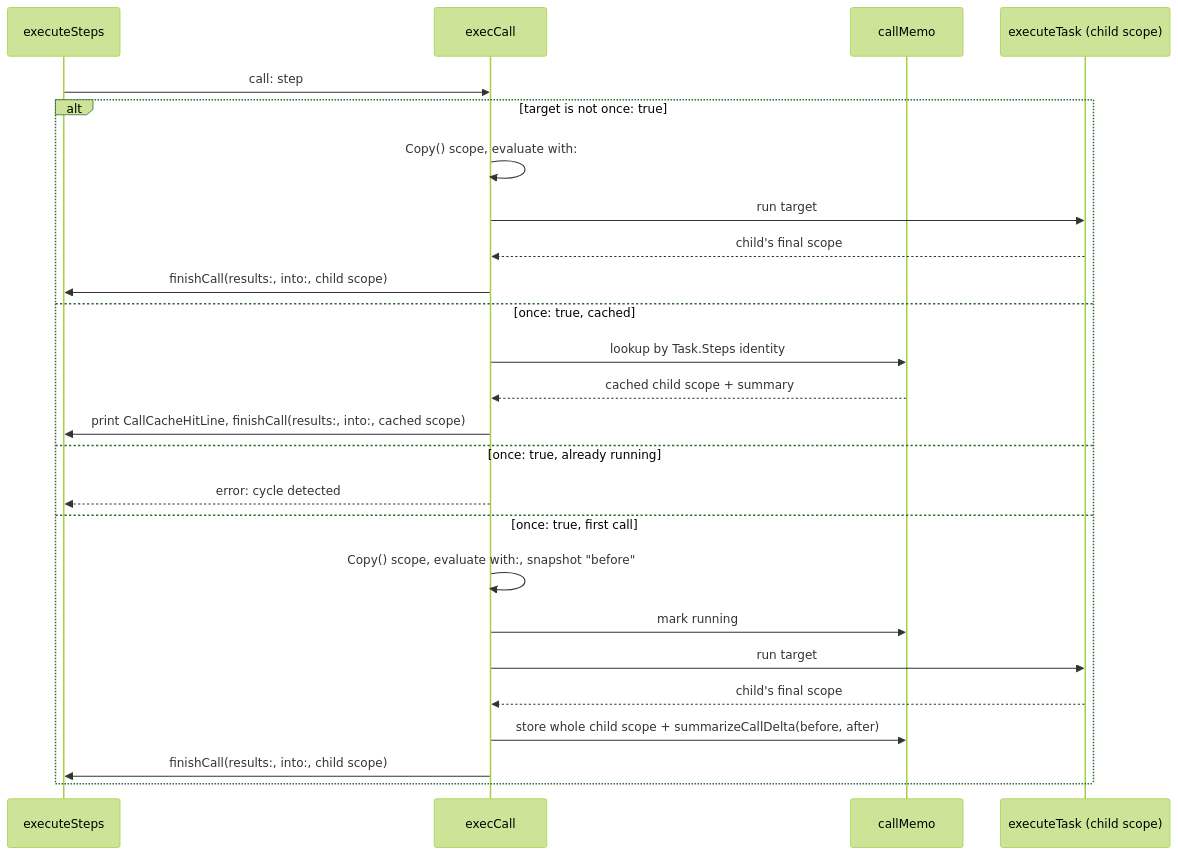
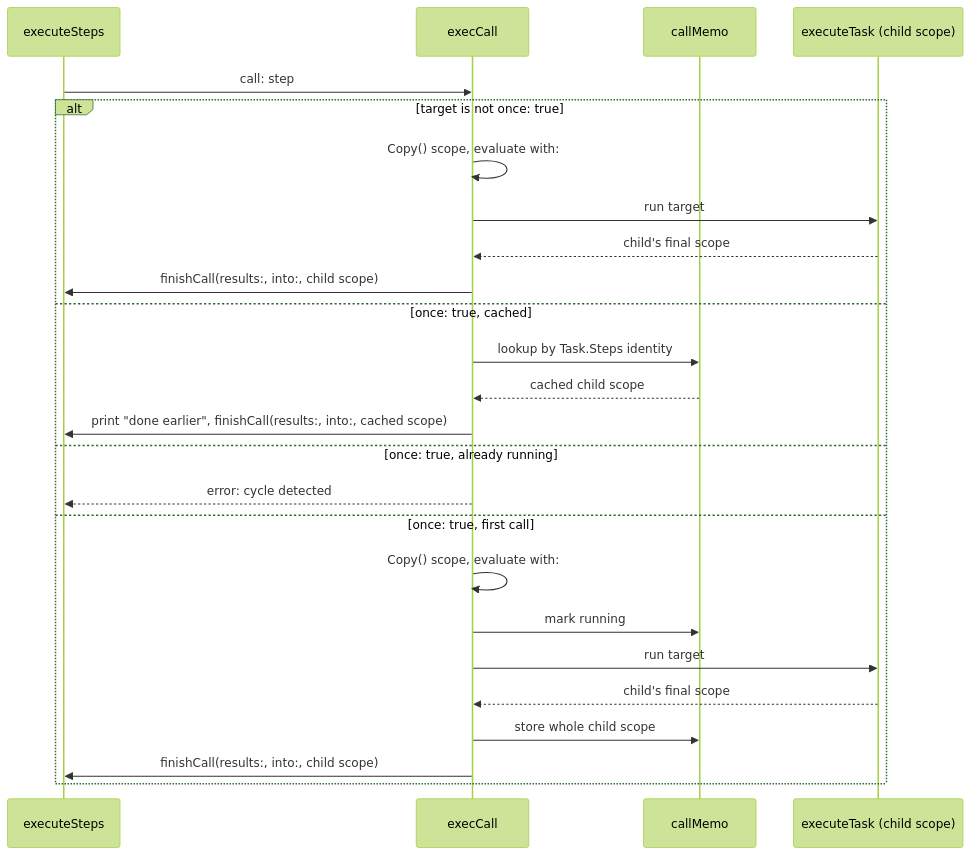
Before and after one commit to JakesMD/hobnob: the sixth of 7 diagrams in ARCHITECTURE.md, drawn with Mermaid (forest theme). The commit also changed other lines of this file and 18 other files, not shown here.

````diff
--- a/ARCHITECTURE.md
+++ b/ARCHITECTURE.md
@@ -511,27 +510,27 @@
 ```mermaid
 sequenceDiagram
     participant S as executeSteps
     participant C as execCall
     participant M as callMemo
     participant T as executeTask (child scope)
     S->>C: call: step
     alt target is not once: true
         C->>C: Copy() scope, evaluate with:
         C->>T: run target
         T-->>C: child's final scope
         C->>S: finishCall(results:, into:, child scope)
     else once: true, cached
         C->>M: lookup by Task.Steps identity
-        M-->>C: cached child scope + summary
-        C->>S: print CallCacheHitLine, finishCall(results:, into:, cached scope)
+        M-->>C: cached child scope
+        C->>S: print "done earlier", finishCall(results:, into:, cached scope)
     else once: true, already running
         C-->>S: error: cycle detected
     else once: true, first call
-        C->>C: Copy() scope, evaluate with:, snapshot "before"
+        C->>C: Copy() scope, evaluate with:
         C->>M: mark running
         C->>T: run target
         T-->>C: child's final scope
-        C->>M: store whole child scope + summarizeCallDelta(before, after)
+        C->>M: store whole child scope
         C->>S: finishCall(results:, into:, child scope)
     end
 ```
````
